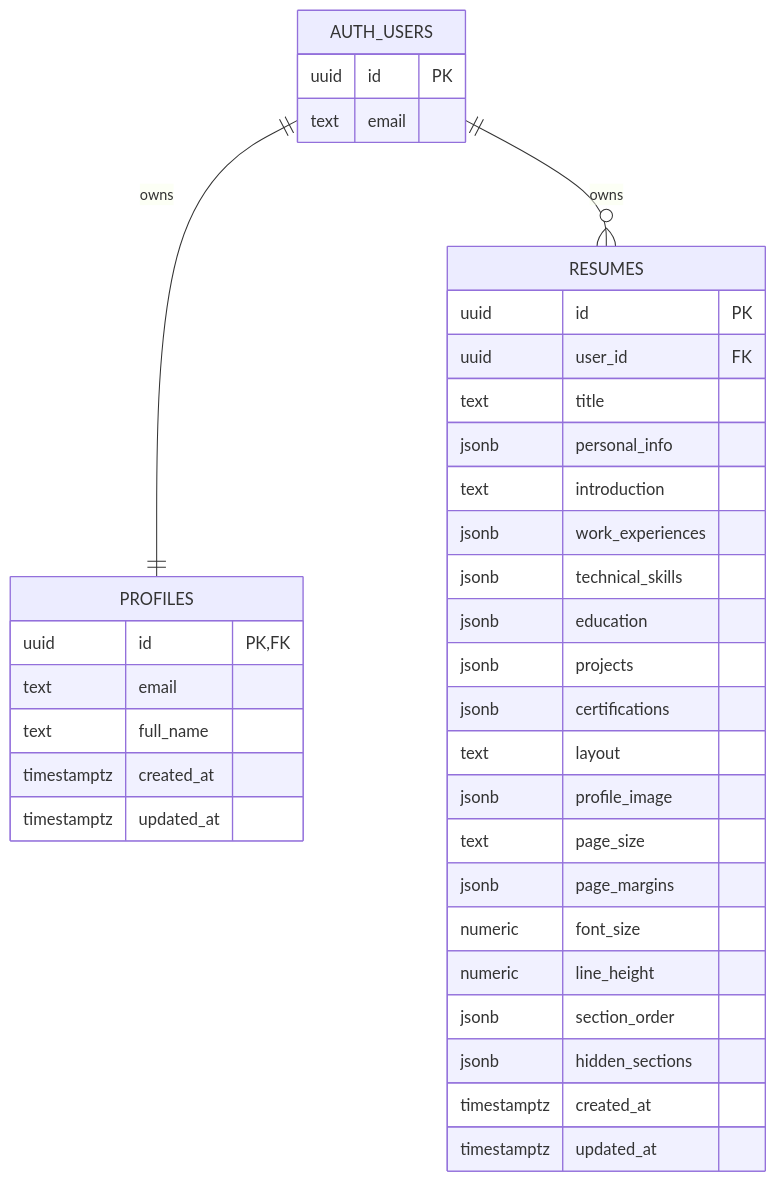
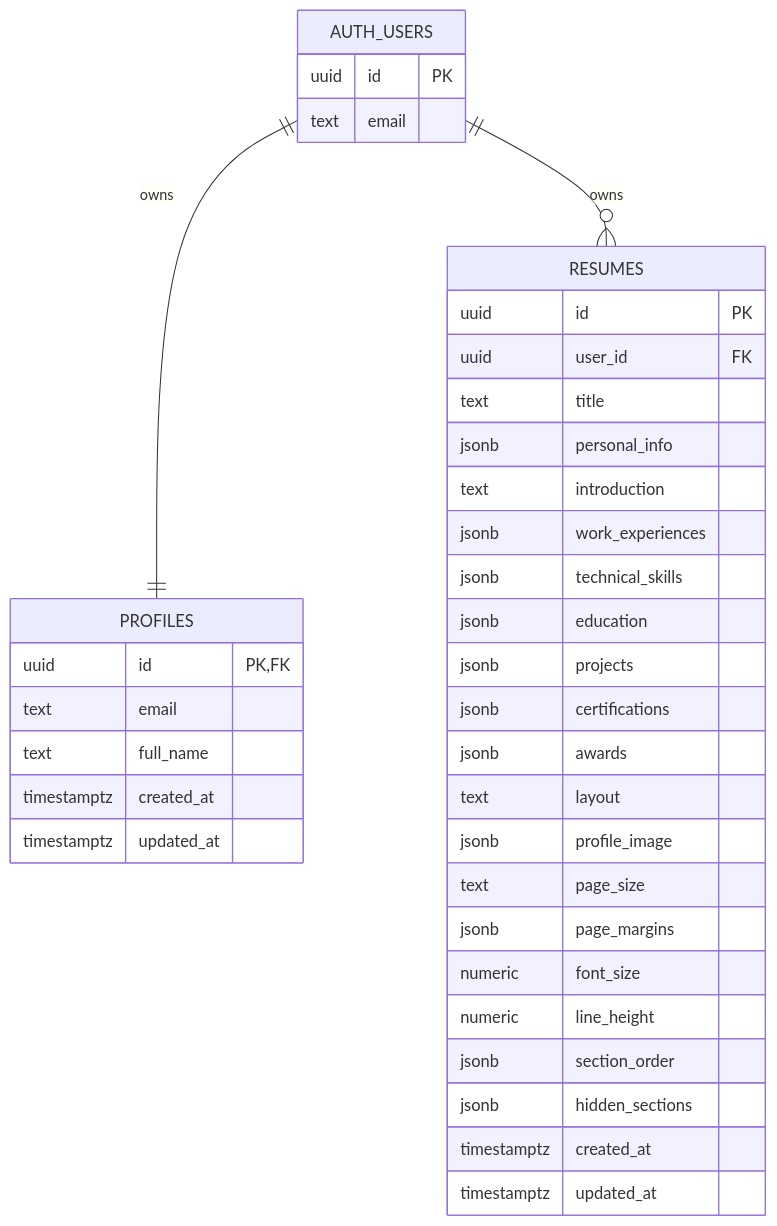
One commit to orvencasido/ats-resume-builder changed the diagram in supabase/ERD.md. Above: the diagram before and after it, drawn with Mermaid. The commit also changed 8 other files, not shown here.

````diff
--- a/supabase/ERD.md
+++ b/supabase/ERD.md
@@ -3,41 +3,42 @@
 ```mermaid
 erDiagram
   AUTH_USERS ||--|| PROFILES : owns
   AUTH_USERS ||--o{ RESUMES : owns
 
   AUTH_USERS {
     uuid id PK
     text email
   }
 
   PROFILES {
     uuid id PK, FK
     text email
     text full_name
     timestamptz created_at
     timestamptz updated_at
   }
 
   RESUMES {
     uuid id PK
     uuid user_id FK
     text title
     jsonb personal_info
     text introduction
     jsonb work_experiences
     jsonb technical_skills
     jsonb education
     jsonb projects
     jsonb certifications
+    jsonb awards
     text layout
     jsonb profile_image
     text page_size
     jsonb page_margins
     numeric font_size
     numeric line_height
     jsonb section_order
     jsonb hidden_sections
     timestamptz created_at
     timestamptz updated_at
   }
 ```
````
